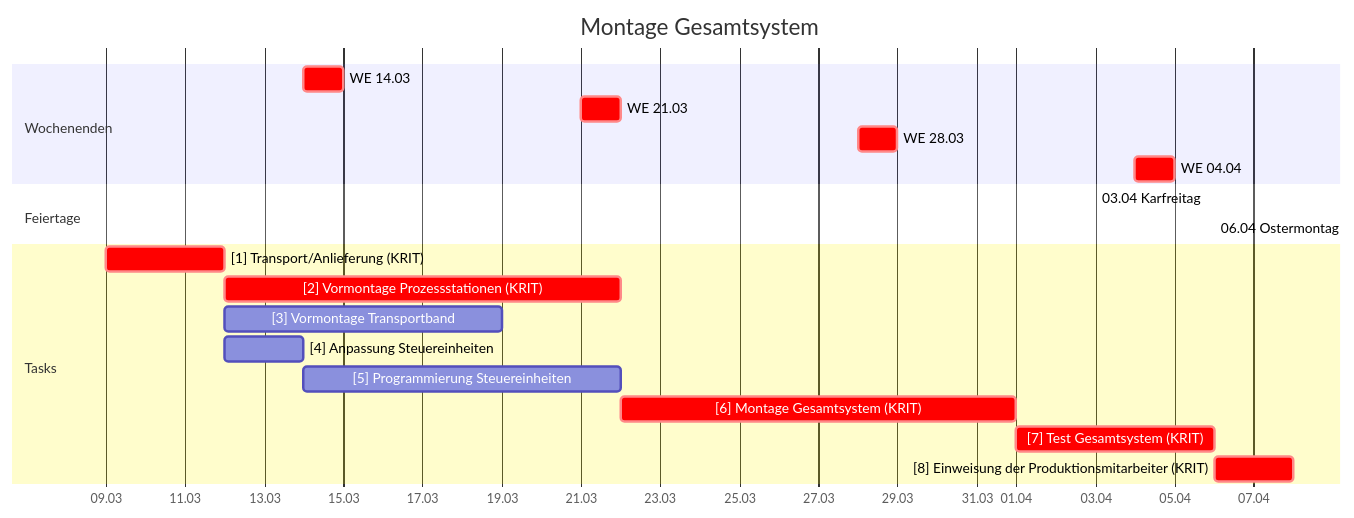
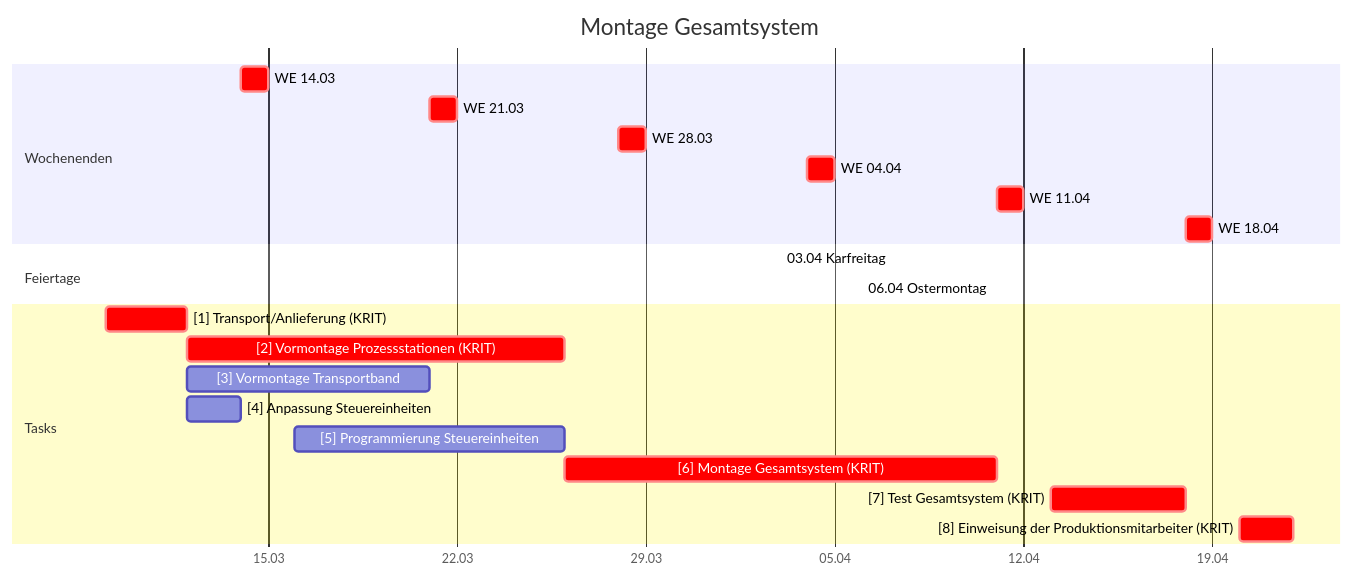
Before and after one commit to mistamichael/sproject: the second of 2 diagrams in doc/result_examples/simpleproject.md, drawn with Mermaid. The commit also changed other lines of this file and 48 other files, not shown here.

````diff
--- a/doc/result_examples/simpleproject.md
+++ b/doc/result_examples/simpleproject.md
@@ -79,24 +79,26 @@
 ```mermaid
 gantt
     title Montage Gesamtsystem
     dateFormat  YYYY-MM-DD
     axisFormat  %d.%m
 
     section Wochenenden
     WE 14.03 :crit, 2026-03-14, 2026-03-15
     WE 21.03 :crit, 2026-03-21, 2026-03-22
     WE 28.03 :crit, 2026-03-28, 2026-03-29
     WE 04.04 :crit, 2026-04-04, 2026-04-05
+    WE 11.04 :crit, 2026-04-11, 2026-04-12
+    WE 18.04 :crit, 2026-04-18, 2026-04-19
     section Feiertage
     03.04 Karfreitag :crit, 2026-04-03, 2026-04-03
     06.04 Ostermontag :crit, 2026-04-06, 2026-04-06
     section Tasks
     [1] Transport/Anlieferung (KRIT) :crit, 2026-03-09, 2026-03-12
-    [2] Vormontage Prozessstationen (KRIT) :crit, 2026-03-12, 2026-03-22
-    [3] Vormontage Transportband :2026-03-12, 2026-03-19
+    [2] Vormontage Prozessstationen (KRIT) :crit, 2026-03-12, 2026-03-26
+    [3] Vormontage Transportband :2026-03-12, 2026-03-21
     [4] Anpassung Steuereinheiten :2026-03-12, 2026-03-14
-    [5] Programmierung Steuereinheiten :2026-03-14, 2026-03-22
-    [6] Montage Gesamtsystem (KRIT) :crit, 2026-03-22, 2026-04-01
-    [7] Test Gesamtsystem (KRIT) :crit, 2026-04-01, 2026-04-06
-    [8] Einweisung der Produktionsmitarbeiter (KRIT) :crit, 2026-04-06, 2026-04-08
+    [5] Programmierung Steuereinheiten :2026-03-16, 2026-03-26
+    [6] Montage Gesamtsystem (KRIT) :crit, 2026-03-26, 2026-04-11
+    [7] Test Gesamtsystem (KRIT) :crit, 2026-04-13, 2026-04-18
+    [8] Einweisung der Produktionsmitarbeiter (KRIT) :crit, 2026-04-20, 2026-04-22
 ```
````
